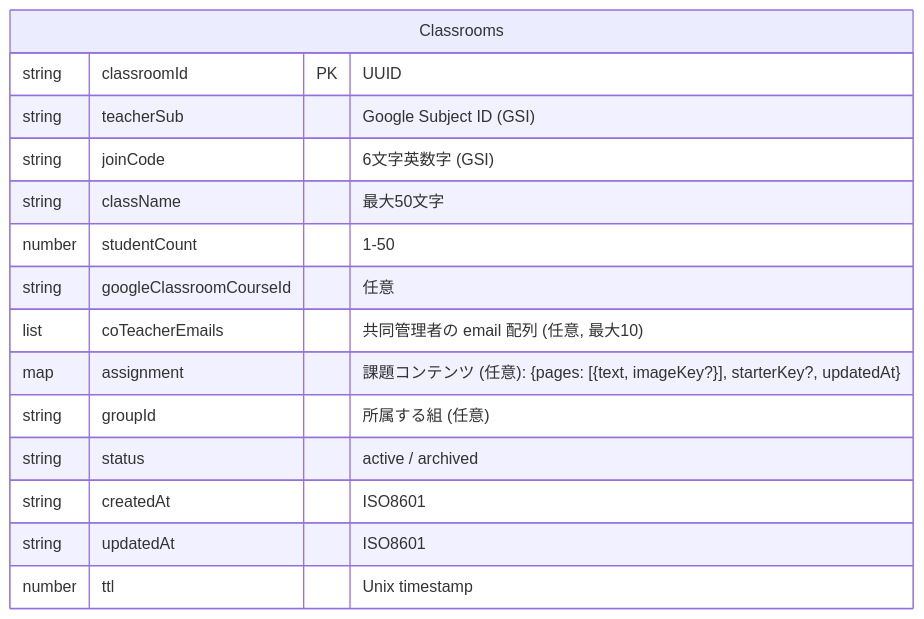
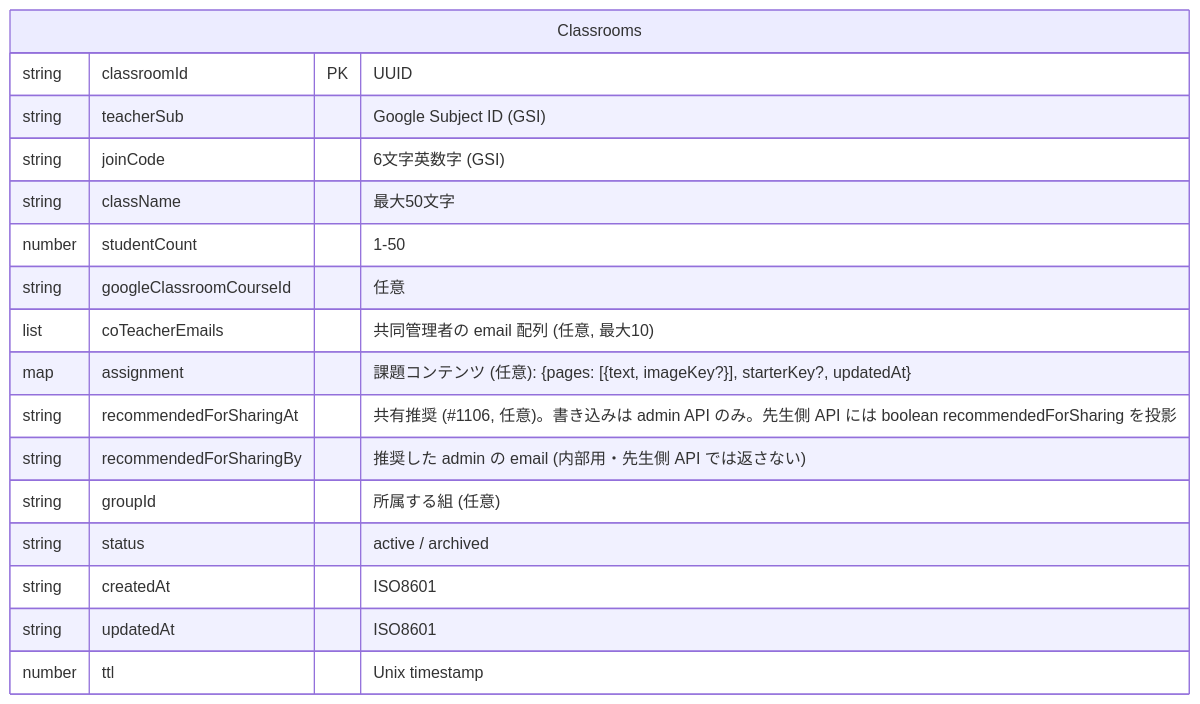
The third of 8 diagrams in docs/classroom/architecture.md (smalruby/smalruby3-editor), drawn with Mermaid before and after one commit. The commit also changed 7 other files, not shown here.

````diff
--- a/docs/classroom/architecture.md
+++ b/docs/classroom/architecture.md
@@ -240,18 +240,20 @@
 ```mermaid
 erDiagram
     Classrooms {
         string classroomId PK "UUID"
         string teacherSub "Google Subject ID (GSI)"
         string joinCode "6文字英数字 (GSI)"
         string className "最大50文字"
         number studentCount "1-50"
         string googleClassroomCourseId "任意"
         list coTeacherEmails "共同管理者の email 配列 (任意, 最大10)"
         map assignment "課題コンテンツ (任意): {pages: [{text, imageKey?}], starterKey?, updatedAt}"
+        string recommendedForSharingAt "共有推奨 (#1106, 任意)。書き込みは admin API のみ。先生側 API には boolean recommendedForSharing を投影"
+        string recommendedForSharingBy "推奨した admin の email (内部用・先生側 API では返さない)"
         string groupId "所属する組 (任意)"
         string status "active / archived"
         string createdAt "ISO8601"
         string updatedAt "ISO8601"
         number ttl "Unix timestamp"
     }
 ```
````
